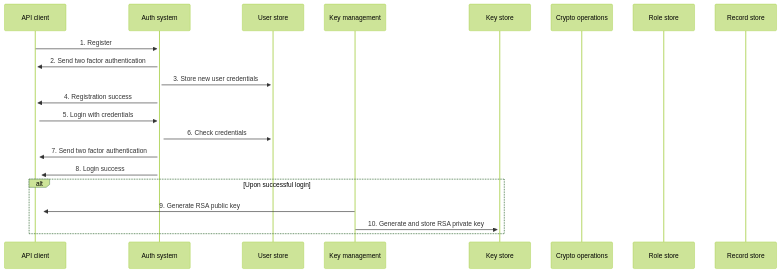
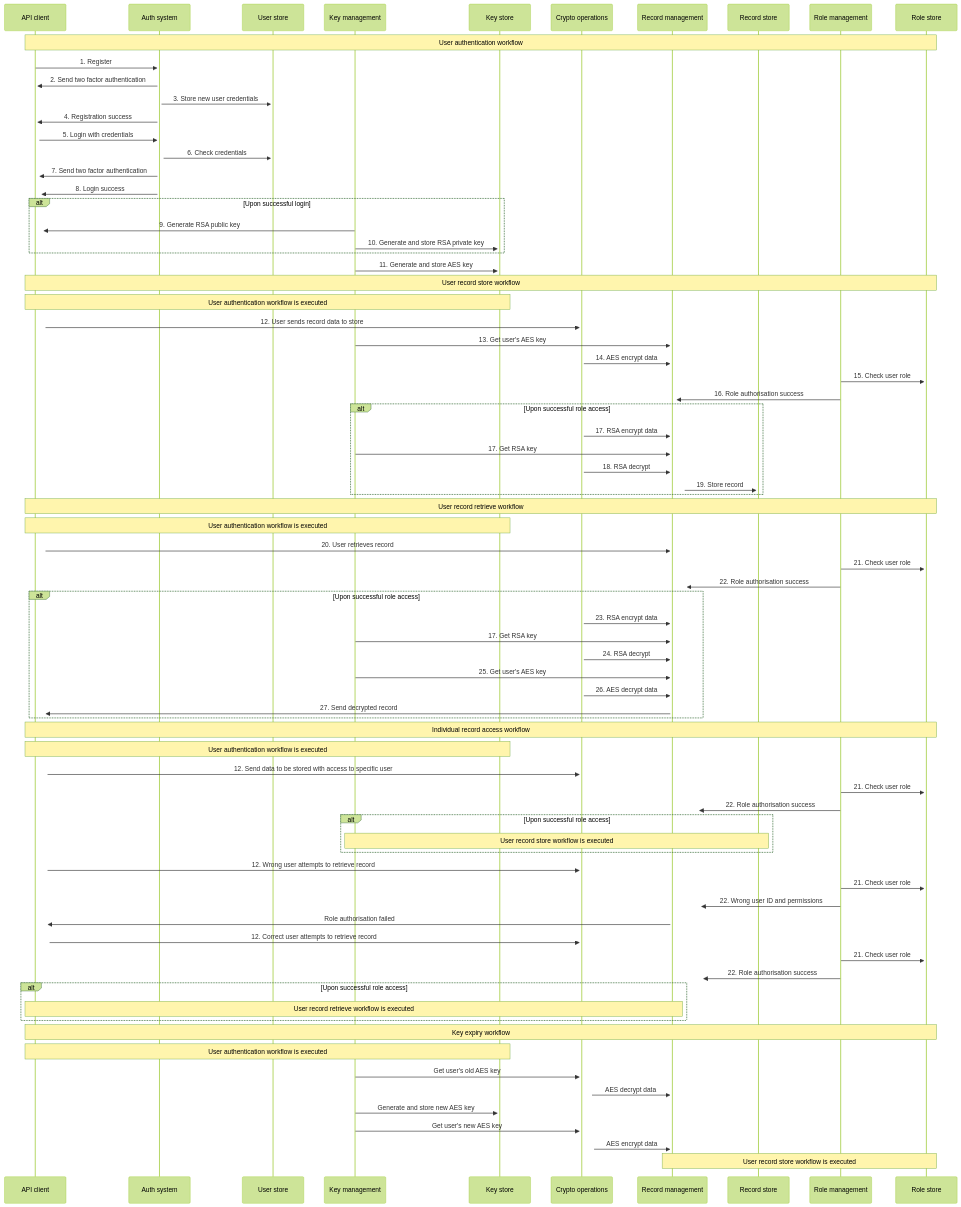
Before and after one commit to iArcanic/iss-cw: the diagram in docs/sequence-diagram.mmd, drawn with Mermaid (forest theme). The commit also changed 1 other file, not shown here.

Commit message:
Added missing details in README and completed sequence diagram

```diff
--- a/docs/sequence-diagram.mmd
+++ b/docs/sequence-diagram.mmd
@@ -1,23 +1,87 @@
 sequenceDiagram
     participant user as API client
     participant auth as Auth system
     participant user_store as User store
     participant key_management as Key management
     participant key_store as Key store
     participant crypto as Crypto operations
+    participant record_management as Record management
+    participant record_store as Record store
+    participant role_management as Role management
     participant role_store as Role store
-    participant record_store as Record store
 
+    %% User auth workflow
+    Note over user,role_store: User authentication workflow
     user->>+auth: 1. Register
     auth->>+user: 2. Send two factor authentication
     auth->>+user_store: 3. Store new user credentials
     auth->>+user: 4. Registration success
     user->>+auth: 5. Login with credentials
     auth->>+user_store: 6. Check credentials
     auth->>+user: 7. Send two factor authentication
     auth->>+user: 8. Login success
-
     alt Upon successful login
         key_management->>+user: 9. Generate RSA public key
         key_management->>+key_store: 10. Generate and store RSA private key
     end
+    key_management->>+key_store: 11. Generate and store AES key
+
+    %% Record store workflow
+    Note over user,role_store: User record store workflow
+    Note over user,key_store: User authentication workflow is executed
+    user->>+crypto: 12. User sends record data to store
+    key_management->>+record_management: 13. Get user's AES key
+    crypto->>+record_management: 14. AES encrypt data
+    role_management->>+role_store: 15. Check user role
+    role_management->>+record_management: 16. Role authorisation success
+    alt Upon successful role access
+        crypto->>+record_management: 17. RSA encrypt data
+        key_management->>+record_management: 17. Get RSA key
+        crypto->>+record_management: 18. RSA decrypt
+        record_management->>+record_store: 19. Store record
+    end
+
+    %% Record retrieve workflow
+    Note over user,role_store: User record retrieve workflow
+    Note over user,key_store: User authentication workflow is executed
+    user->>+record_management: 20. User retrieves record
+    role_management->>+role_store: 21. Check user role
+    role_management->>+record_management: 22. Role authorisation success
+    alt Upon successful role access
+        crypto->>+record_management: 23. RSA encrypt data
+        key_management->>+record_management: 17. Get RSA key
+        crypto->>+record_management: 24. RSA decrypt
+        key_management->>+record_management: 25. Get user's AES key
+        crypto->>+record_management: 26. AES decrypt data
+        record_management->>+user: 27. Send decrypted record
+    end
+
+    %% Individual record access workflow
+    Note over user,role_store: Individual record access workflow
+    Note over user,key_store: User authentication workflow is executed
+    user->>+crypto: 12. Send data to be stored with access to specific user
+    role_management->>+role_store: 21. Check user role
+    role_management->>+record_management: 22. Role authorisation success
+    alt Upon successful role access
+        Note over key_management,record_store: User record store workflow is executed
+    end
+    user->>+crypto: 12. Wrong user attempts to retrieve record
+    role_management->>+role_store: 21. Check user role
+    role_management->>+record_management: 22. Wrong user ID and permissions
+    record_management->>+user: Role authorisation failed
+    user->>+crypto: 12. Correct user attempts to retrieve record
+    role_management->>+role_store: 21. Check user role
+    role_management->>+record_management: 22. Role authorisation success
+    alt Upon successful role access
+        Note over user,record_management: User record retrieve workflow is executed
+    end
+
+    %% Key expiry workflow
+    Note over user,role_store: Key expiry workflow
+    Note over user,key_store: User authentication workflow is executed
+    key_management->>+crypto: Get user's old AES key
+    crypto->>+record_management: AES decrypt data
+    key_management->>+key_store: Generate and store new AES key
+    key_management->>+crypto: Get user's new AES key
+    crypto->>+record_management: AES encrypt data
+    Note over record_management,role_store: User record store workflow is executed
```
